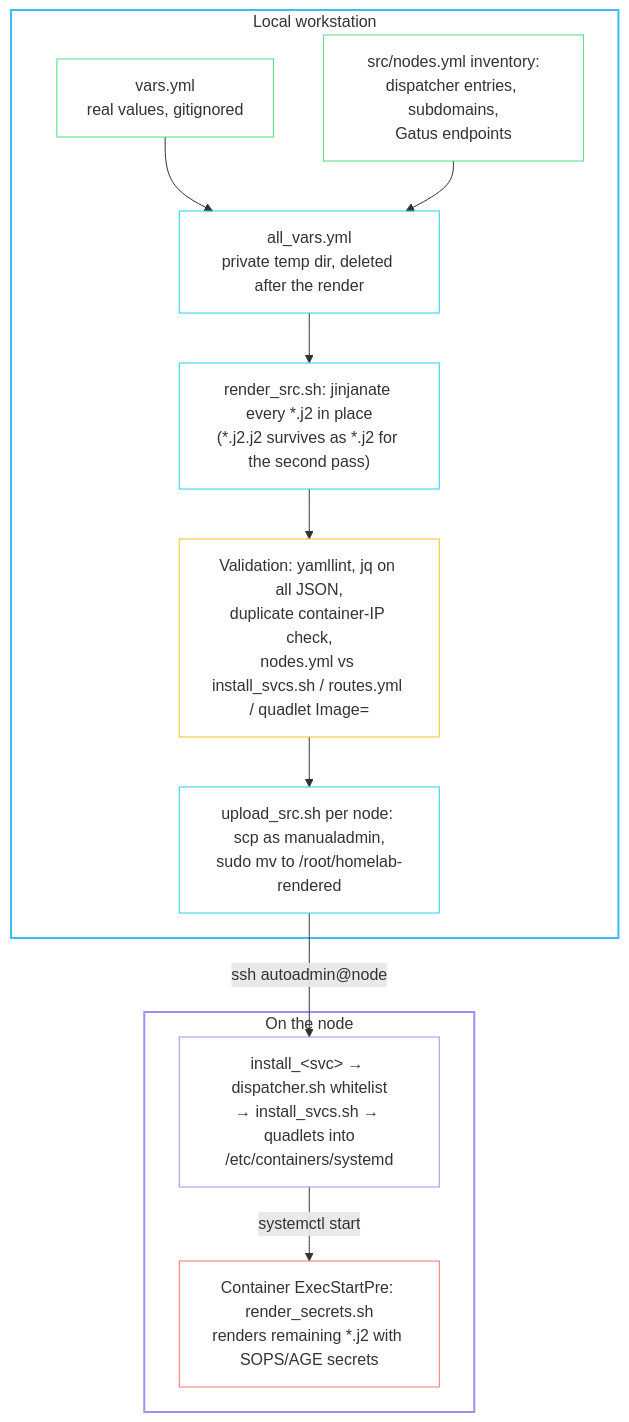
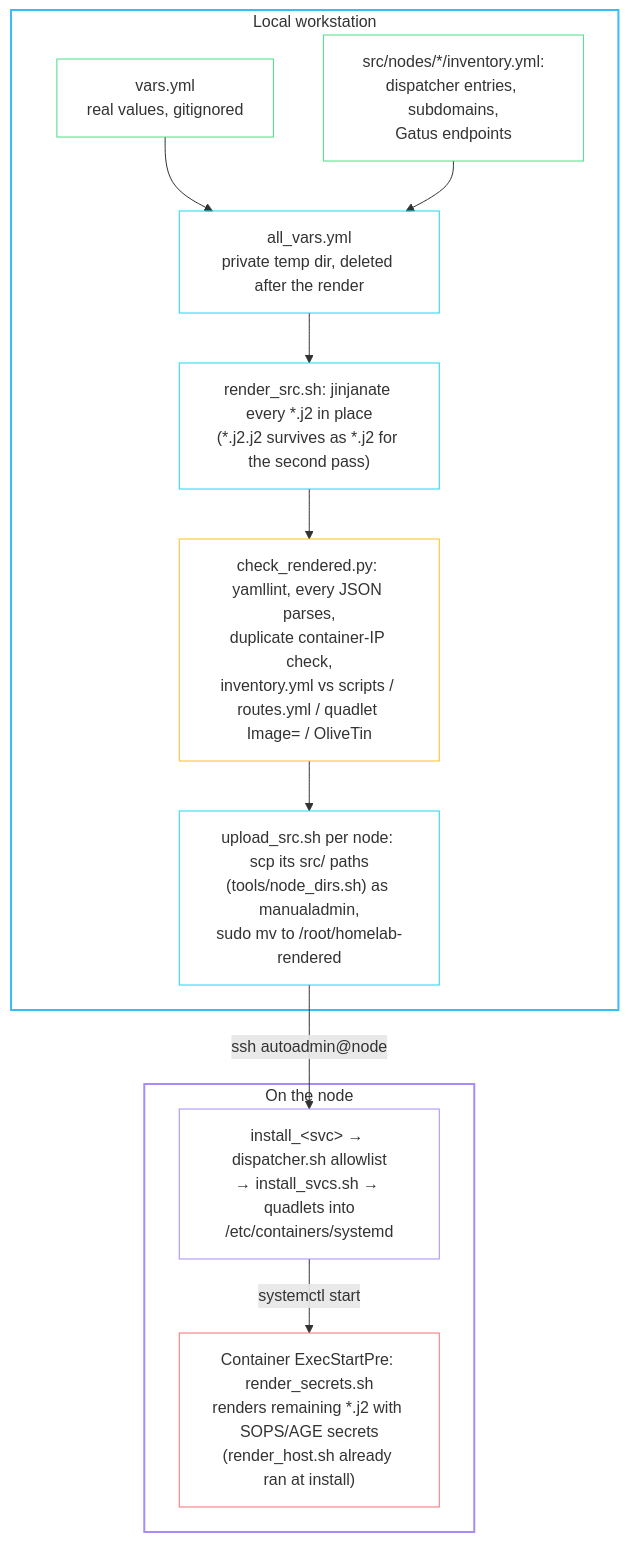
The diagram in src/www/docs/homelab/development.md (babraham123/homesite), drawn with Mermaid before and after one commit. The commit also changed other lines of this file and 44 other files, not shown here.

Commit message:
Sync rendered docs from the homelab repo

````diff
--- a/src/www/docs/homelab/development.md
+++ b/src/www/docs/homelab/development.md
@@ -48,35 +90,35 @@
 ```mermaid
 flowchart TB
     subgraph local["Local workstation"]
         vars["vars.yml<br/>real values, gitignored"]
-        inventory["src/nodes.yml inventory:<br/>dispatcher entries, subdomains,<br/>Gatus endpoints"]
+        inventory["src/nodes/*/inventory.yml:<br/>dispatcher entries, subdomains,<br/>Gatus endpoints"]
         allvars["all_vars.yml<br/>private temp dir, deleted after the render"]
         render["render_src.sh: jinjanate every *.j2 in place<br/>(*.j2.j2 survives as *.j2 for the second pass)"]
-        validate["Validation: yamllint, jq on all JSON,<br/>duplicate container-IP check,<br/>nodes.yml vs install_svcs.sh / routes.yml / quadlet Image="]
-        upload["upload_src.sh per node: scp as manualadmin,<br/>sudo mv to /root/homelab-rendered"]
+        validate["check_rendered.py: yamllint, every JSON parses,<br/>duplicate container-IP check,<br/>inventory.yml vs scripts / routes.yml / quadlet Image= / OliveTin"]
+        upload["upload_src.sh per node: scp its src/ paths<br/>(tools/node_dirs.sh) as manualadmin,<br/>sudo mv to /root/homelab-rendered"]
     end
 
     subgraph node["On the node"]
-        dispatch["install_&lt;svc&gt; → dispatcher.sh whitelist<br/>→ install_svcs.sh → quadlets into<br/>/etc/containers/systemd"]
-        second["Container ExecStartPre: render_secrets.sh<br/>renders remaining *.j2 with SOPS/AGE secrets"]
+        dispatch["install_&lt;svc&gt; → dispatcher.sh allowlist<br/>→ install_svcs.sh → quadlets into<br/>/etc/containers/systemd"]
+        second["Container ExecStartPre: render_secrets.sh<br/>renders remaining *.j2 with SOPS/AGE secrets<br/>(render_host.sh already ran at install)"]
     end
 
     vars --> allvars
     inventory --> allvars
     allvars --> render --> validate --> upload
     upload -- "ssh autoadmin@node" --> dispatch
     dispatch -- "systemctl start" --> second
 
     style local stroke:#38bdf8,stroke-width:2px,fill:transparent
     style node stroke:#a78bfa,stroke-width:2px,fill:transparent
     classDef input stroke:#4ade80,fill:transparent
     classDef step stroke:#22d3ee,fill:transparent
     classDef onnode stroke:#a78bfa,fill:transparent
     classDef check stroke:#fbbf24,fill:transparent
     classDef secret stroke:#f87171,fill:transparent
     class vars,inventory input
     class allvars,render,upload step
     class dispatch onnode
     class validate check
     class second secret
 ```
````
